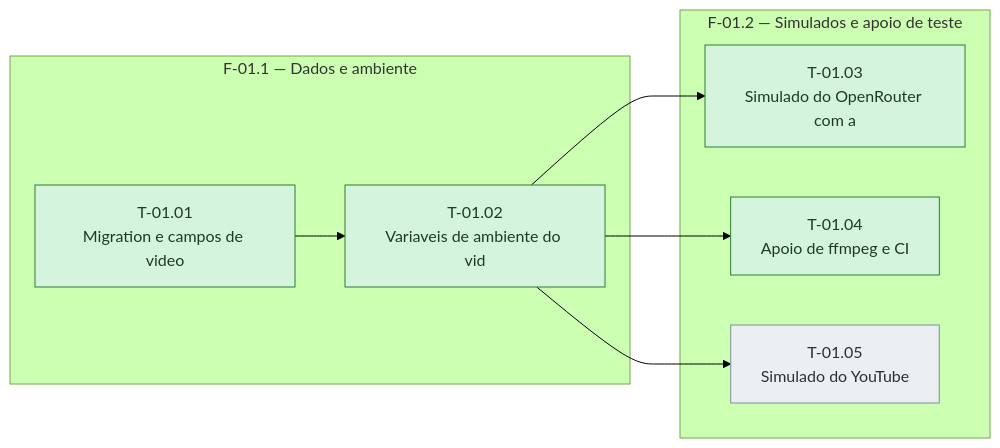
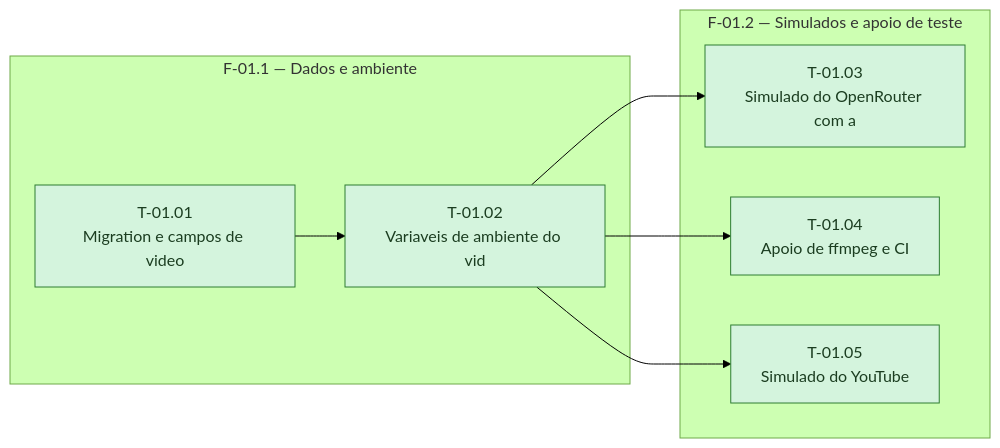
The diagram in docs/conhecimento-em-video/sprint-01/fases.md (bittencourtthulio/converse-chatbot), drawn with Mermaid (forest theme) before and after one commit. The commit also changed 3 other files, not shown here.

````diff
--- a/docs/conhecimento-em-video/sprint-01/fases.md
+++ b/docs/conhecimento-em-video/sprint-01/fases.md
@@ -31,29 +31,29 @@
 ```mermaid
 %% Grafo de tasks — sprint-01 — gerado pela sprintx a partir de tasks.md
 flowchart LR
   subgraph fase_01_1["F-01.1 — Dados e ambiente"]
     T_01_01["T-01.01<br/>Migration e campos de video"]
     T_01_02["T-01.02<br/>Variaveis de ambiente do vid"]
   end
   subgraph fase_01_2["F-01.2 — Simulados e apoio de teste"]
     T_01_03["T-01.03<br/>Simulado do OpenRouter com a"]
     T_01_04["T-01.04<br/>Apoio de ffmpeg e CI"]
     T_01_05["T-01.05<br/>Simulado do YouTube"]
   end
   T_01_01 --> T_01_02
   T_01_02 --> T_01_03
   T_01_02 --> T_01_04
   T_01_02 --> T_01_05
 
   classDef concluida fill:#d4f4dd,stroke:#2e7d32,color:#1b3d20
   classDef andamento fill:#fff3cd,stroke:#b8860b,color:#4a3800
   classDef bloqueada fill:#f8d7da,stroke:#c62828,color:#4a1d1f
   classDef pendente  fill:#eceff1,stroke:#78909c,color:#263238
   classDef critico   stroke-width:3px
 
   class T_01_01 concluida
   class T_01_02 concluida
   class T_01_03 concluida
   class T_01_04 concluida
-  class T_01_05 pendente
+  class T_01_05 concluida
 ```
````
